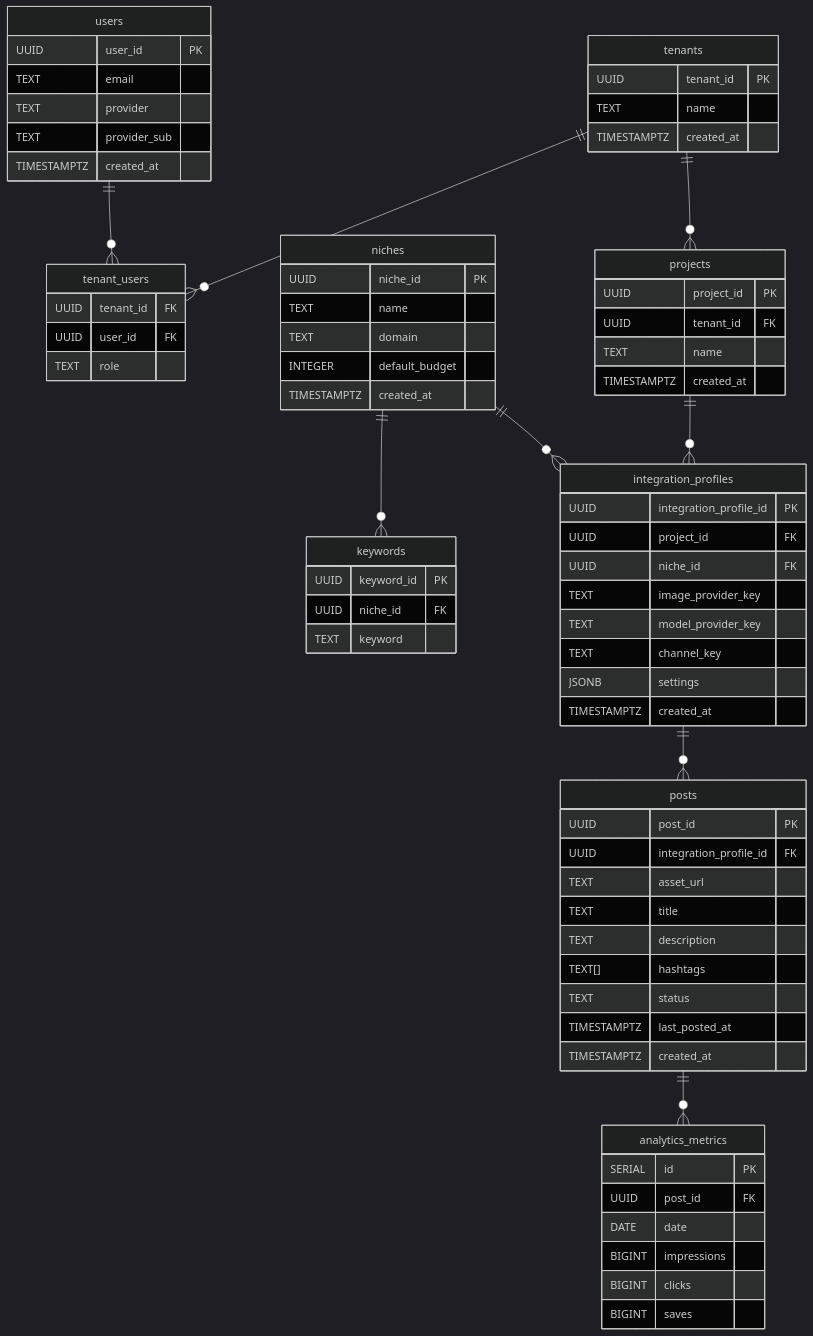
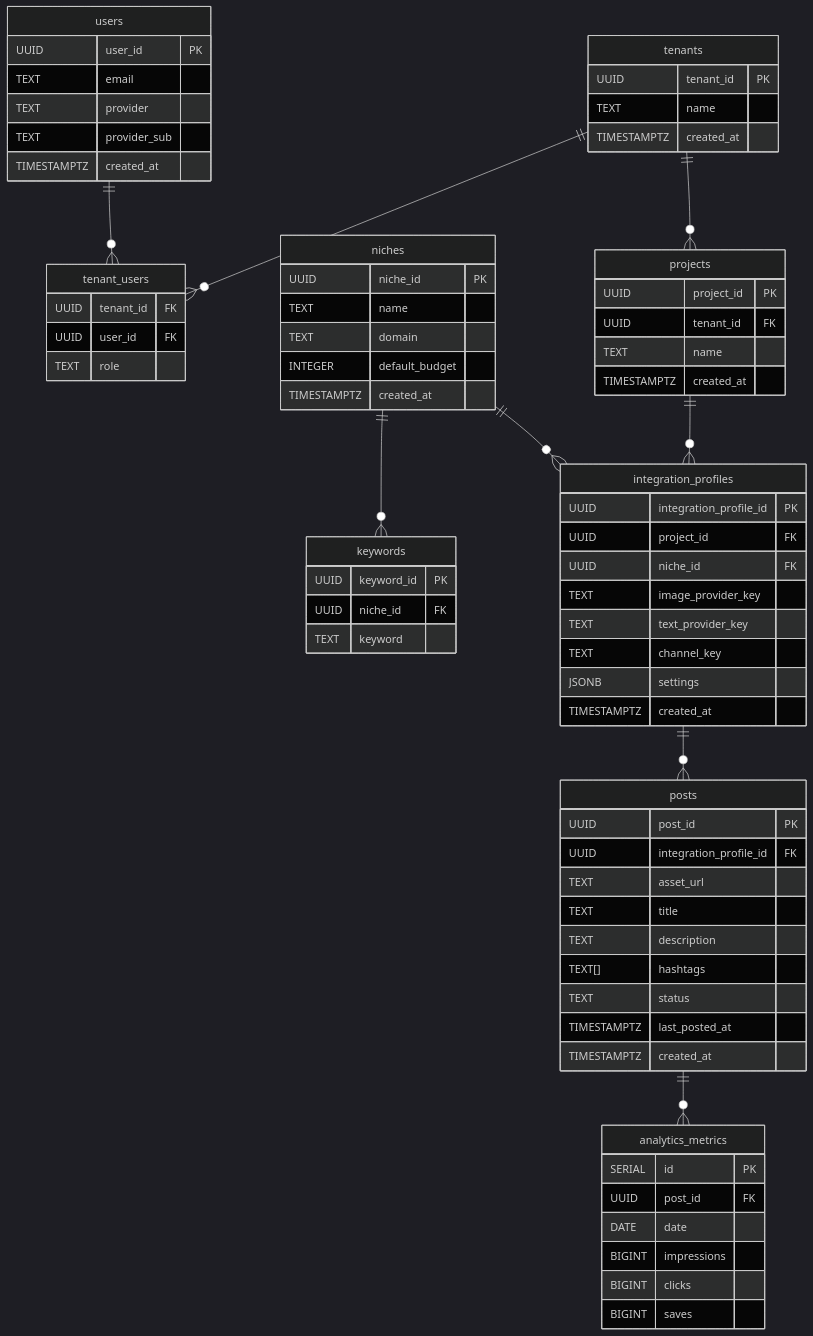
Before and after one commit to rhamblin/content_automation_engine: the second of 2 diagrams in README.md, drawn with Mermaid (dark theme). The commit also changed 12 other files, not shown here.

````diff
--- a/README.md
+++ b/README.md
@@ -54,76 +54,76 @@
 ```mermaid
 erDiagram
     tenants {
       UUID tenant_id PK
       TEXT name
       TIMESTAMPTZ created_at
     }
     users {
       UUID user_id PK
       TEXT email
       TEXT provider
       TEXT provider_sub
       TIMESTAMPTZ created_at
     }
     tenant_users {
       UUID tenant_id FK
       UUID user_id FK
       TEXT role
     }
     projects {
       UUID project_id PK
       UUID tenant_id FK
       TEXT name
       TIMESTAMPTZ created_at
     }
     niches {
       UUID niche_id PK
       TEXT name
       TEXT domain
       INTEGER default_budget
       TIMESTAMPTZ created_at
     }
     keywords {
       UUID keyword_id PK
       UUID niche_id FK
       TEXT keyword
     }
     integration_profiles {
       UUID integration_profile_id PK
       UUID project_id FK
       UUID niche_id FK
       TEXT image_provider_key
-      TEXT model_provider_key
+      TEXT text_provider_key
       TEXT channel_key
       JSONB settings
       TIMESTAMPTZ created_at
     }
     posts {
       UUID post_id PK
       UUID integration_profile_id FK
       TEXT asset_url
       TEXT title
       TEXT description
       TEXT[] hashtags
       TEXT status
       TIMESTAMPTZ last_posted_at
       TIMESTAMPTZ created_at
     }
     analytics_metrics {
       SERIAL id PK
       UUID post_id FK
       DATE date
       BIGINT impressions
       BIGINT clicks
       BIGINT saves
     }
 
     tenants ||--o{ tenant_users : ""
     users   ||--o{ tenant_users : ""
     tenants ||--o{ projects    : ""
     projects ||--o{ integration_profiles : ""
     niches    ||--o{ keywords      : ""
     niches    ||--o{ integration_profiles : ""
     integration_profiles ||--o{ posts        : ""
     posts      ||--o{ analytics_metrics   : ""
 ```
````
